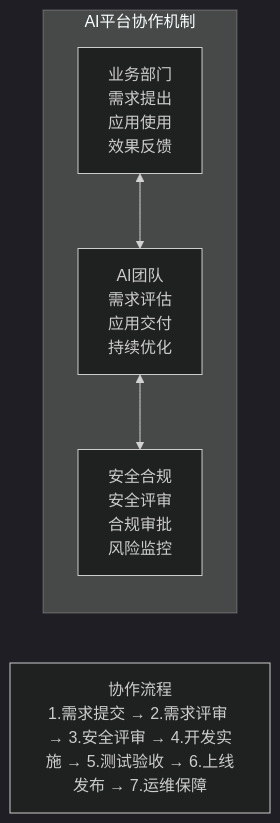
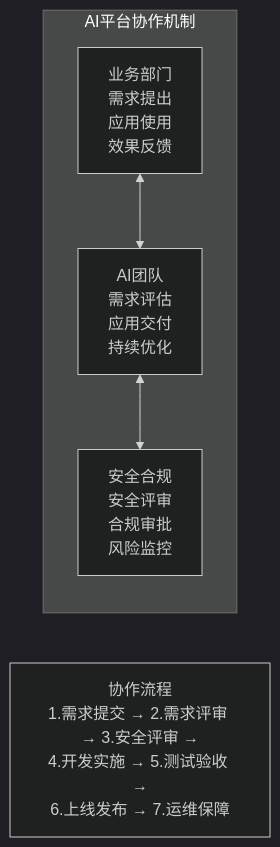
One commit to wonglaitung/splan changed diagram 38 of 38 in full_analysis/银行AI平台技术架构规划文档_科技部专属版.md. Above: the diagram before and after it, drawn with Mermaid (dark theme). The commit also changed other lines of this file and 2 other files, not shown here.

First line of the commit message:
docs: 应用mermaid-optimize规则优化图表布局

````diff
--- a/full_analysis/银行AI平台技术架构规划文档_科技部专属版.md
+++ b/full_analysis/银行AI平台技术架构规划文档_科技部专属版.md
@@ -1482,10 +1482,10 @@
 ```mermaid
 flowchart LR
     subgraph collab["AI平台协作机制"]
         B["业务部门<br/>需求提出<br/>应用使用<br/>效果反馈"]
         A["AI团队<br/>需求评估<br/>应用交付<br/>持续优化"]
         S["安全合规<br/>安全评审<br/>合规审批<br/>风险监控"]
     end
     B <--> A <--> S
-    F["协作流程<br/>1.需求提交 → 2.需求评审 → 3.安全评审 → 4.开发实施 → 5.测试验收 → 6.上线发布 → 7.运维保障"]
+    F["协作流程<br/>1.需求提交 → 2.需求评审 → 3.安全评审 →<br/>4.开发实施 → 5.测试验收 →<br/>6.上线发布 → 7.运维保障"]
 ```
````
